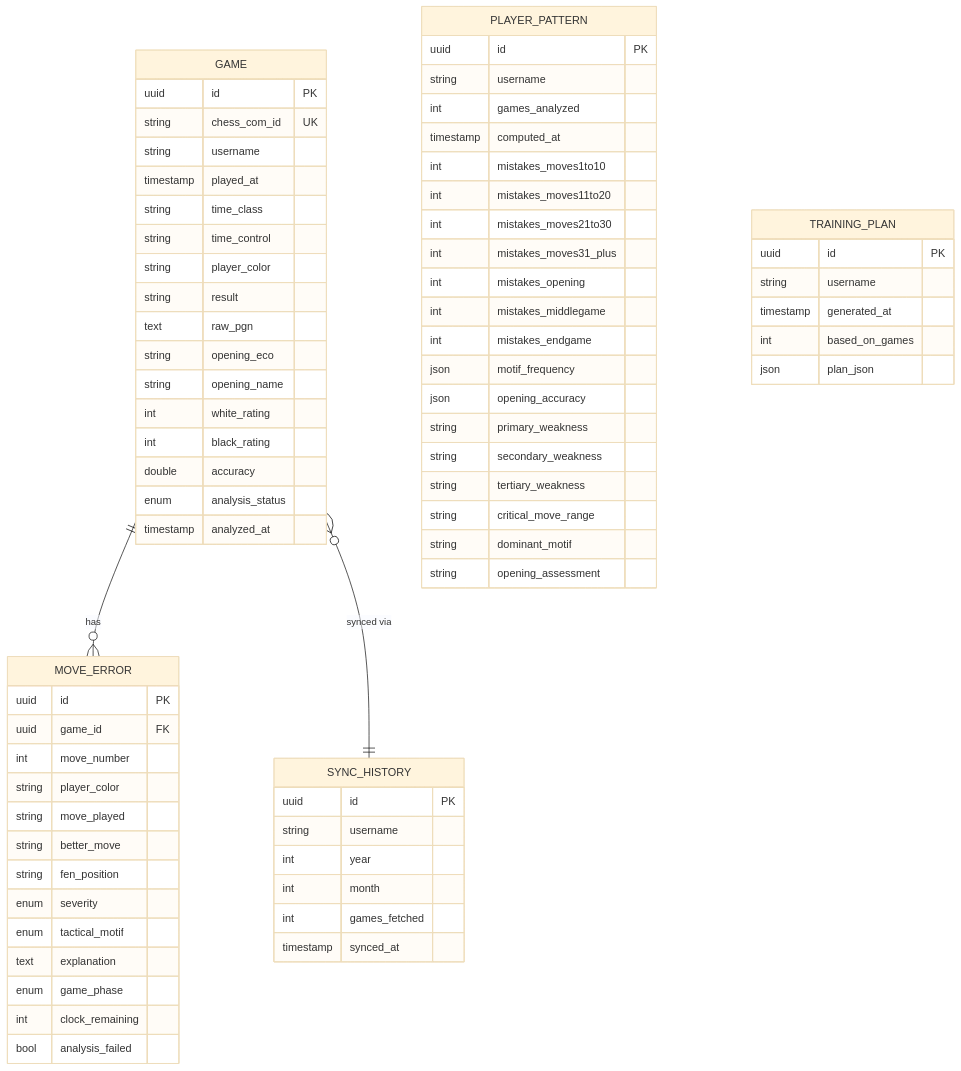
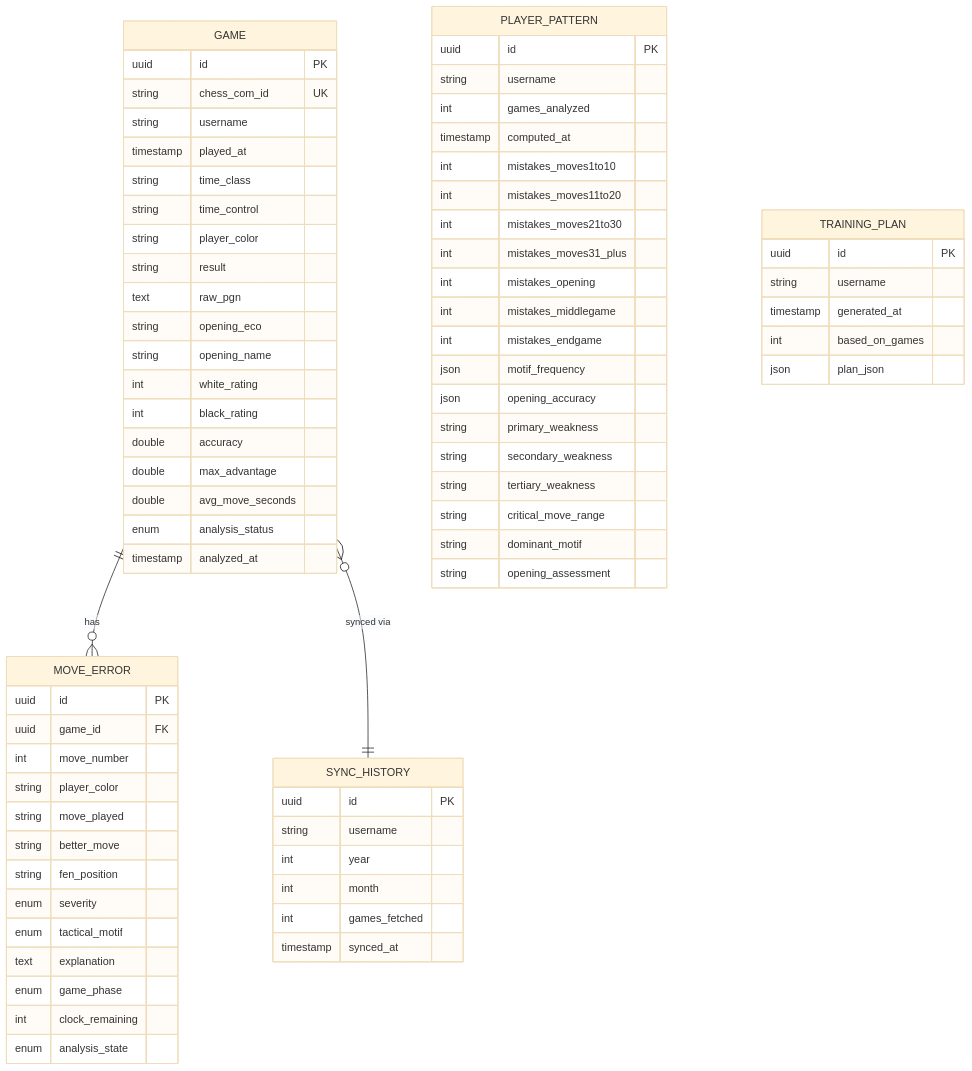
The second of 14 diagrams in ARCHITECTURE.md (Tanmay-Anand/Akrasia-chess), drawn with Mermaid (base theme) before and after one commit. The commit also changed other lines of this file and 15 other files, not shown here.

````diff
--- a/ARCHITECTURE.md
+++ b/ARCHITECTURE.md
@@ -156,79 +156,81 @@
 ```mermaid
 erDiagram
     GAME {
         uuid id PK
         string chess_com_id UK
         string username
         timestamp played_at
         string time_class
         string time_control
         string player_color
         string result
         text raw_pgn
         string opening_eco
         string opening_name
         int white_rating
         int black_rating
         double accuracy
+        double max_advantage
+        double avg_move_seconds
         enum analysis_status
         timestamp analyzed_at
     }
 
     MOVE_ERROR {
         uuid id PK
         uuid game_id FK
         int move_number
         string player_color
         string move_played
         string better_move
         string fen_position
         enum severity
         enum tactical_motif
         text explanation
         enum game_phase
         int clock_remaining
-        bool analysis_failed
+        enum analysis_state
     }
 
     SYNC_HISTORY {
         uuid id PK
         string username
         int year
         int month
         int games_fetched
         timestamp synced_at
     }
 
     PLAYER_PATTERN {
         uuid id PK
         string username
         int games_analyzed
         timestamp computed_at
         int mistakes_moves1to10
         int mistakes_moves11to20
         int mistakes_moves21to30
         int mistakes_moves31_plus
         int mistakes_opening
         int mistakes_middlegame
         int mistakes_endgame
         json motif_frequency
         json opening_accuracy
         string primary_weakness
         string secondary_weakness
         string tertiary_weakness
         string critical_move_range
         string dominant_motif
         string opening_assessment
     }
 
     TRAINING_PLAN {
         uuid id PK
         string username
         timestamp generated_at
         int based_on_games
         json plan_json
     }
 
     GAME ||--o{ MOVE_ERROR : "has"
     GAME }o--|| SYNC_HISTORY : "synced via"
 ```
````
